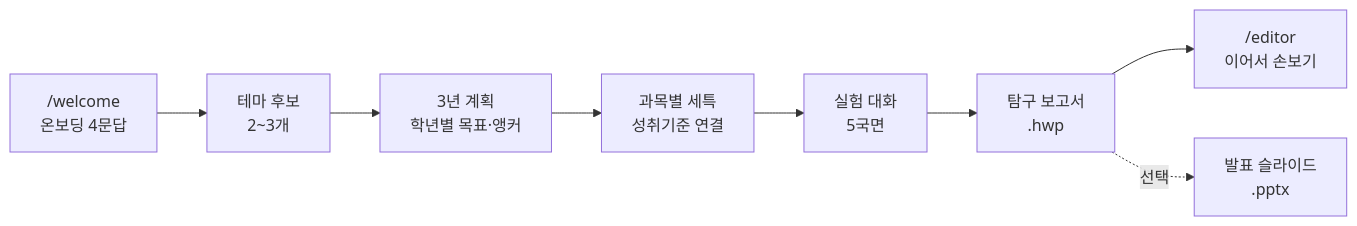
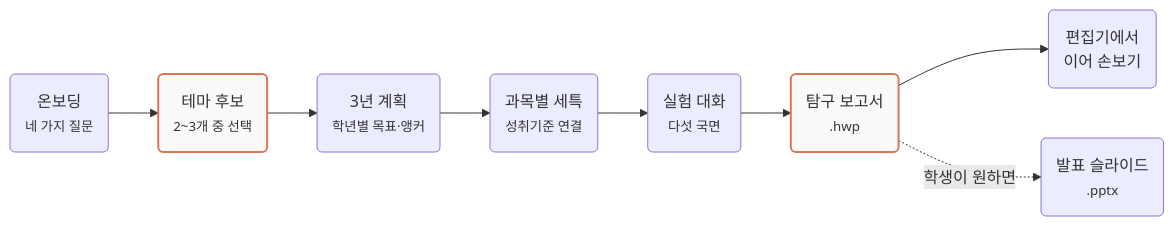
The first of 3 diagrams in README.md (diddmstjr07/HWPAgent), drawn with Mermaid before and after one commit. The commit also changed other lines of this file and 2 other files, not shown here.

````diff
--- a/README.md
+++ b/README.md
@@ -37,10 +48,13 @@
 ```mermaid
 flowchart LR
-    W["/welcome<br/>온보딩 4문답"] --> T["테마 후보<br/>2~3개"]
-    T --> P["3년 계획<br/>학년별 목표·앵커"]
-    P --> S["과목별 세특<br/>성취기준 연결"]
-    S --> E["실험 대화<br/>5국면"]
-    E --> R["탐구 보고서<br/>.hwp"]
-    R --> C["/editor<br/>이어서 손보기"]
-    R -.선택.-> PPT["발표 슬라이드<br/>.pptx"]
+    W("온보딩<br/><small>네 가지 질문</small>") --> T("테마 후보<br/><small>2~3개 중 선택</small>")
+    T --> P("3년 계획<br/><small>학년별 목표·앵커</small>")
+    P --> S("과목별 세특<br/><small>성취기준 연결</small>")
+    S --> E("실험 대화<br/><small>다섯 국면</small>")
+    E --> R("탐구 보고서<br/><small>.hwp</small>")
+    R --> C("편집기에서<br/>이어 손보기")
+    R -.학생이 원하면.-> K("발표 슬라이드<br/><small>.pptx</small>")
+
+    style T fill:#FBFAF8,stroke:#D97757,stroke-width:2px
+    style R fill:#FBFAF8,stroke:#D97757,stroke-width:2px
 ```
````
